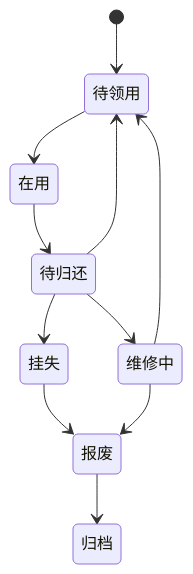
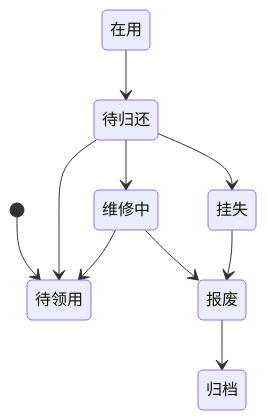
Diagram 14 of 19 in docs/platform-governance-product-spec-v0.2.md (jxh1979/mall), drawn with Mermaid before and after one commit. The commit also changed other lines of this file and 7 other files, not shown here.

````diff
--- a/docs/platform-governance-product-spec-v0.2.md
+++ b/docs/platform-governance-product-spec-v0.2.md
@@ -1970,13 +1954,12 @@
 ```mermaid
 stateDiagram-v2
     [*] --> 待领用
-    待领用 --> 在用
     在用 --> 待归还
     待归还 --> 待领用
     待归还 --> 维修中
     待归还 --> 挂失
     维修中 --> 待领用
     挂失 --> 报废
     维修中 --> 报废
     报废 --> 归档
 ```
````
